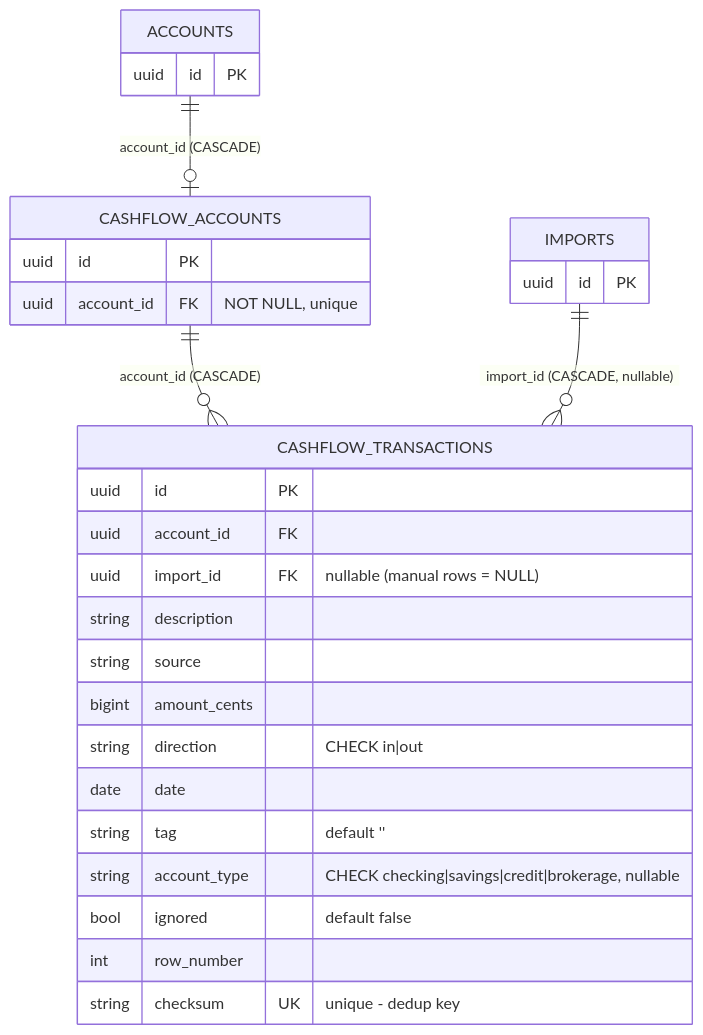
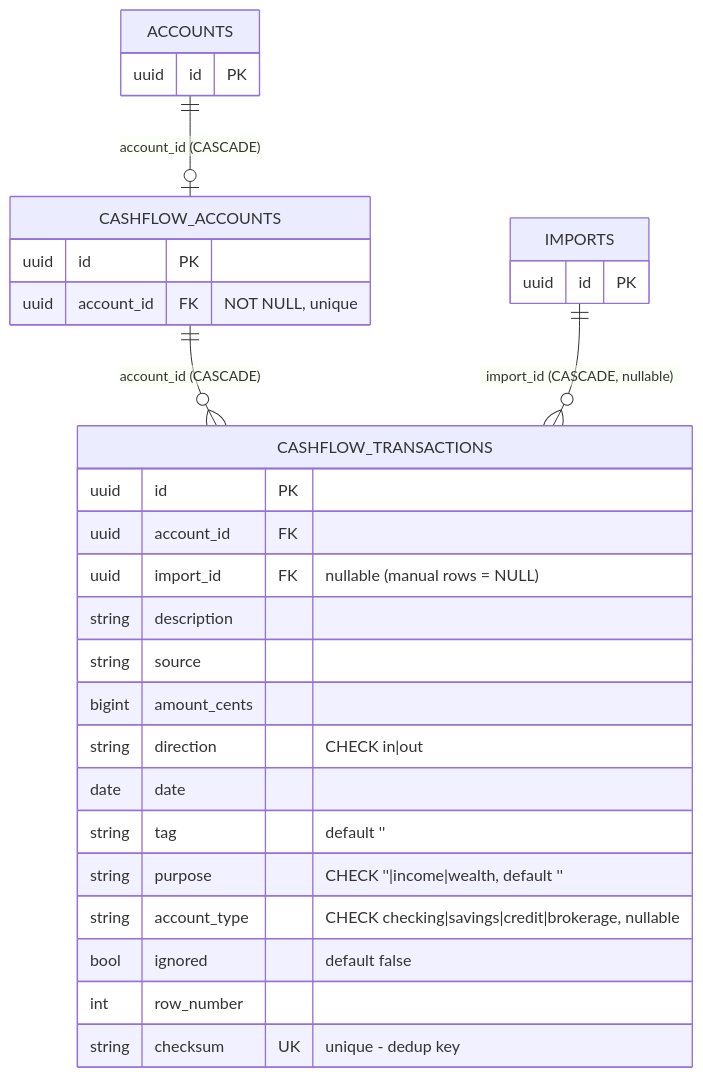
Before and after one commit to lennardclaproth/ta11y: the second of 4 diagrams in apps/api/docs/features/[009]_CASHFLOW.md, drawn with Mermaid. The commit also changed other lines of this file and 40 other files, not shown here.

````diff
--- a/apps/api/docs/features/[009]_CASHFLOW.md
+++ b/apps/api/docs/features/[009]_CASHFLOW.md
@@ -102,28 +106,29 @@
 ```mermaid
 erDiagram
     ACCOUNTS          ||--o| CASHFLOW_ACCOUNTS     : "account_id (CASCADE)"
     CASHFLOW_ACCOUNTS ||--o{ CASHFLOW_TRANSACTIONS : "account_id (CASCADE)"
     IMPORTS           ||--o{ CASHFLOW_TRANSACTIONS : "import_id (CASCADE, nullable)"
 
     CASHFLOW_TRANSACTIONS {
         uuid id PK
         uuid account_id FK
         uuid import_id FK "nullable (manual rows = NULL)"
         string description
         string source
         bigint amount_cents
         string direction "CHECK in|out"
         date date
         string tag "default ''"
+        string purpose "CHECK ''|income|wealth, default ''"
         string account_type "CHECK checking|savings|credit|brokerage, nullable"
         bool ignored "default false"
         int row_number
         string checksum UK "unique - dedup key"
     }
     CASHFLOW_ACCOUNTS {
         uuid id PK
         uuid account_id FK "NOT NULL, unique"
     }
     ACCOUNTS { uuid id PK }
     IMPORTS  { uuid id PK }
 ```
````
